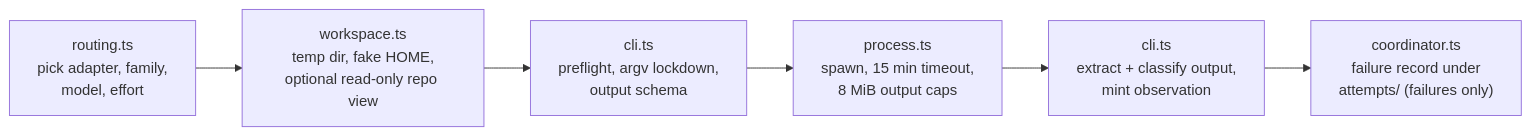
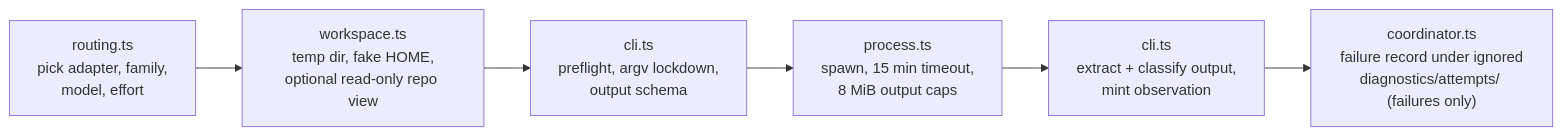
One commit to Aroton/ArchflowV2 changed the diagram in docs/mcp/DISPATCH.md. Above: the diagram before and after it, drawn with Mermaid. The commit also changed other lines of this file and 261 other files, not shown here.

````diff
--- a/docs/mcp/DISPATCH.md
+++ b/docs/mcp/DISPATCH.md
@@ -9,8 +9,8 @@
 ```mermaid
 flowchart LR
     R["routing.ts<br/>pick adapter, family,<br/>model, effort"] --> W["workspace.ts<br/>temp dir, fake HOME,<br/>optional read-only repo view"]
     W --> C["cli.ts<br/>preflight, argv lockdown,<br/>output schema"]
     C --> P["process.ts<br/>spawn, 15 min timeout,<br/>8 MiB output caps"]
     P --> O["cli.ts<br/>extract + classify output,<br/>mint observation"]
-    O --> T["coordinator.ts<br/>failure record under<br/>attempts/ (failures only)"]
+    O --> T["coordinator.ts<br/>failure record under ignored<br/>diagnostics/attempts/ (failures only)"]
 ```
````
